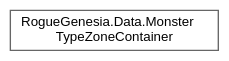
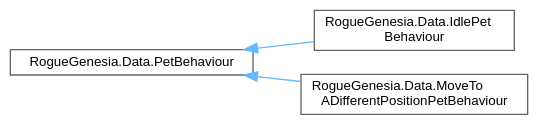
The diagram in inherit_graph_92.dot (PlexusDuMenton/RogueGenesiaModAPI), drawn with Graphviz before and after one commit. The commit also changed 2438 other files, not shown here.

```diff
--- a/inherit_graph_92.dot
+++ b/inherit_graph_92.dot
@@ -1,9 +1,13 @@
 digraph "Graphical Class Hierarchy"
 {
  // LATEX_PDF_SIZE
   bgcolor="transparent";
   edge [fontname=Helvetica,fontsize=10,labelfontname=Helvetica,labelfontsize=10];
   node [fontname=Helvetica,fontsize=10,shape=box,height=0.2,width=0.4];
   rankdir="LR";
-  Node0 [label="RogueGenesia.Data.Monster\lTypeZoneContainer",height=0.2,width=0.4,color="grey40", fillcolor="white", style="filled",URL="$class_rogue_genesia_1_1_data_1_1_monster_type_zone_container.html",tooltip=" "];
+  Node0 [label="RogueGenesia.Data.PetBehaviour",height=0.2,width=0.4,color="grey40", fillcolor="white", style="filled",URL="$class_rogue_genesia_1_1_data_1_1_pet_behaviour.html",tooltip=" "];
+  Node0 -> Node1 [dir="back",color="steelblue1",style="solid"];
+  Node1 [label="RogueGenesia.Data.IdlePet\lBehaviour",height=0.2,width=0.4,color="grey40", fillcolor="white", style="filled",URL="$class_rogue_genesia_1_1_data_1_1_idle_pet_behaviour.html",tooltip=" "];
+  Node0 -> Node2 [dir="back",color="steelblue1",style="solid"];
+  Node2 [label="RogueGenesia.Data.MoveTo\lADifferentPositionPetBehaviour",height=0.2,width=0.4,color="grey40", fillcolor="white", style="filled",URL="$class_rogue_genesia_1_1_data_1_1_move_to_a_different_position_pet_behaviour.html",tooltip=" "];
 }
```
